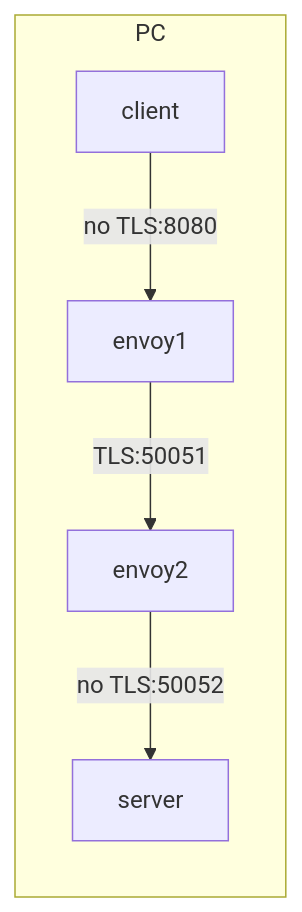
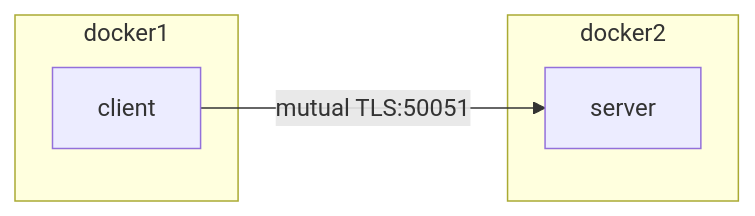
Before and after one commit to halroot-dot/poc-grpc-with-proxy: the diagram in README.md, drawn with Mermaid. The commit also changed other lines of this file and 21 other files, not shown here.

Commit message:
Enable to mutual TLS on docker-compose [#4]

````diff
--- a/README.md
+++ b/README.md
@@ -7,11 +7,15 @@
 ```mermaid
 graph LR
   client["client"]
-  envoy1["envoy1"]
-  envoy2["envoy2"]
   server["server"]
 
-  subgraph PC
-    client --no TLS:8080--> envoy1 --TLS:50051--> envoy2 --no TLS:50052-->server
+  subgraph docker1
+    client
   end
+
+  subgraph docker2
+    server
+  end
+
+  client --mutual TLS:50051-->server
 ```
````
